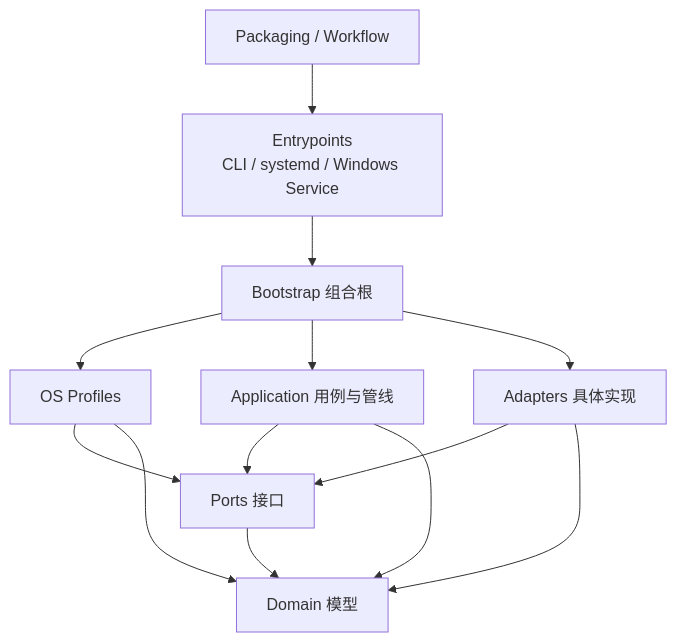
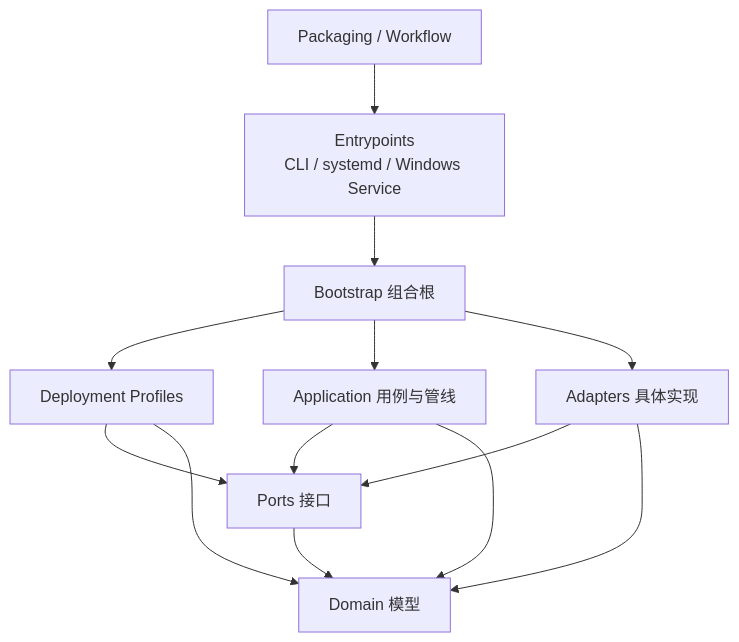
The sixth of 8 diagrams in doc/tech/NeuroBridge项目结构与多系统接入_PRD.md (Entertech/NeuroBridge), drawn with Mermaid before and after one commit. The commit also changed other lines of this file, not shown here.

````diff
--- a/doc/tech/NeuroBridge项目结构与多系统接入_PRD.md
+++ b/doc/tech/NeuroBridge项目结构与多系统接入_PRD.md
@@ -285,18 +391,18 @@
 ```mermaid
 flowchart TD
     ENTRY[Entrypoints<br/>CLI / systemd / Windows Service] --> BOOT[Bootstrap 组合根]
-    BOOT --> PROFILE[OS Profiles]
+    BOOT --> PROFILE[Deployment Profiles]
     BOOT --> APP[Application 用例与管线]
     BOOT --> ADAPTERS[Adapters 具体实现]
 
     PROFILE --> PORTS[Ports 接口]
     PROFILE --> DOMAIN[Domain 模型]
     APP --> PORTS
     APP --> DOMAIN
     ADAPTERS --> PORTS
     ADAPTERS --> DOMAIN
 
     PACKAGING[Packaging / Workflow] --> ENTRY
 
     PORTS --> DOMAIN
 ```
````
